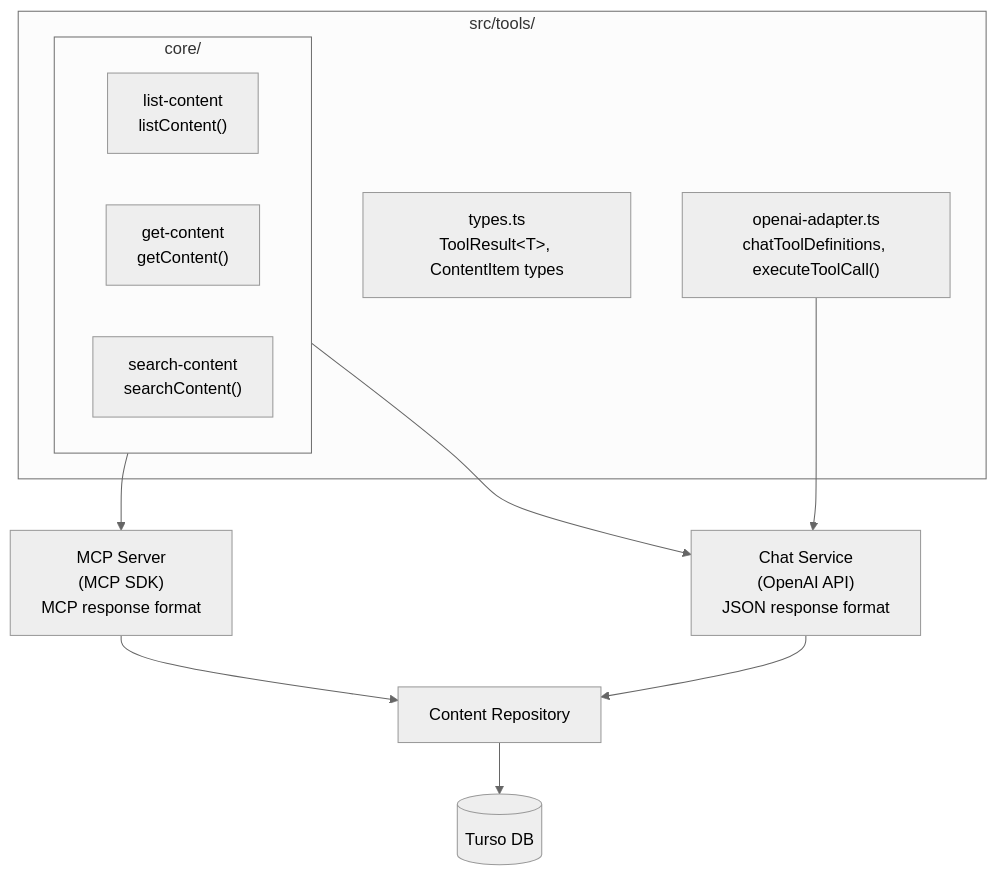
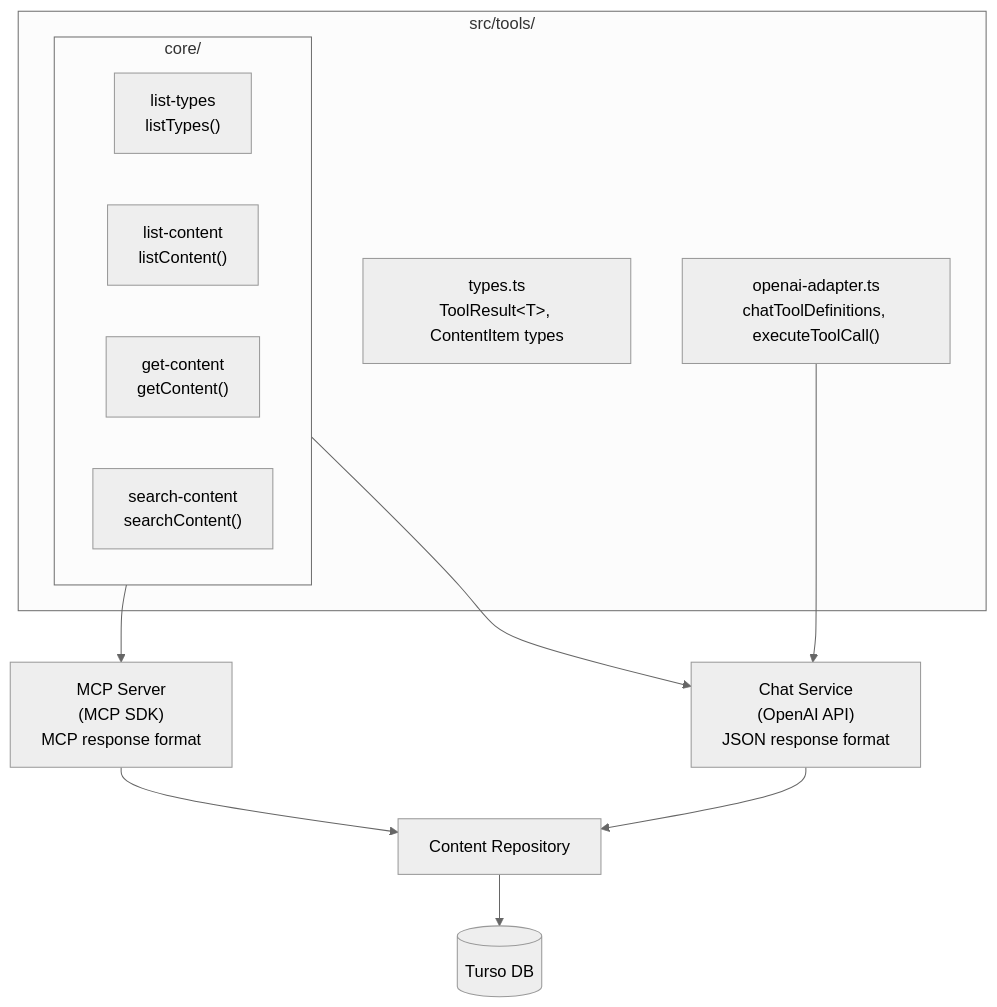
One commit to spencerjireh/folionaut changed the second of 14 diagrams in docs-site/architecture/low-level-design.md. Above: the diagram before and after it, drawn with Mermaid (neutral theme). The commit also changed other lines of this file and 7 other files, not shown here.

````diff
--- a/docs-site/architecture/low-level-design.md
+++ b/docs-site/architecture/low-level-design.md
@@ -62,23 +62,24 @@
 ```mermaid
 flowchart TB
     subgraph Tools["src/tools/"]
         Types["types.ts<br/>ToolResult&lt;T&gt;, ContentItem types"]
         subgraph Core["core/"]
+            ListTypes["list-types<br/>listTypes()"]
             List["list-content<br/>listContent()"]
             Get["get-content<br/>getContent()"]
             Search["search-content<br/>searchContent()"]
         end
         Adapter["openai-adapter.ts<br/>chatToolDefinitions, executeToolCall()"]
     end
 
     MCP["MCP Server<br/>(MCP SDK)<br/>MCP response format"]
     Chat["Chat Service<br/>(OpenAI API)<br/>JSON response format"]
 
     Core --> MCP
     Core --> Chat
     Adapter --> Chat
 
     MCP --> Repo["Content Repository"]
     Chat --> Repo
     Repo --> DB[(Turso DB)]
 ```
````
